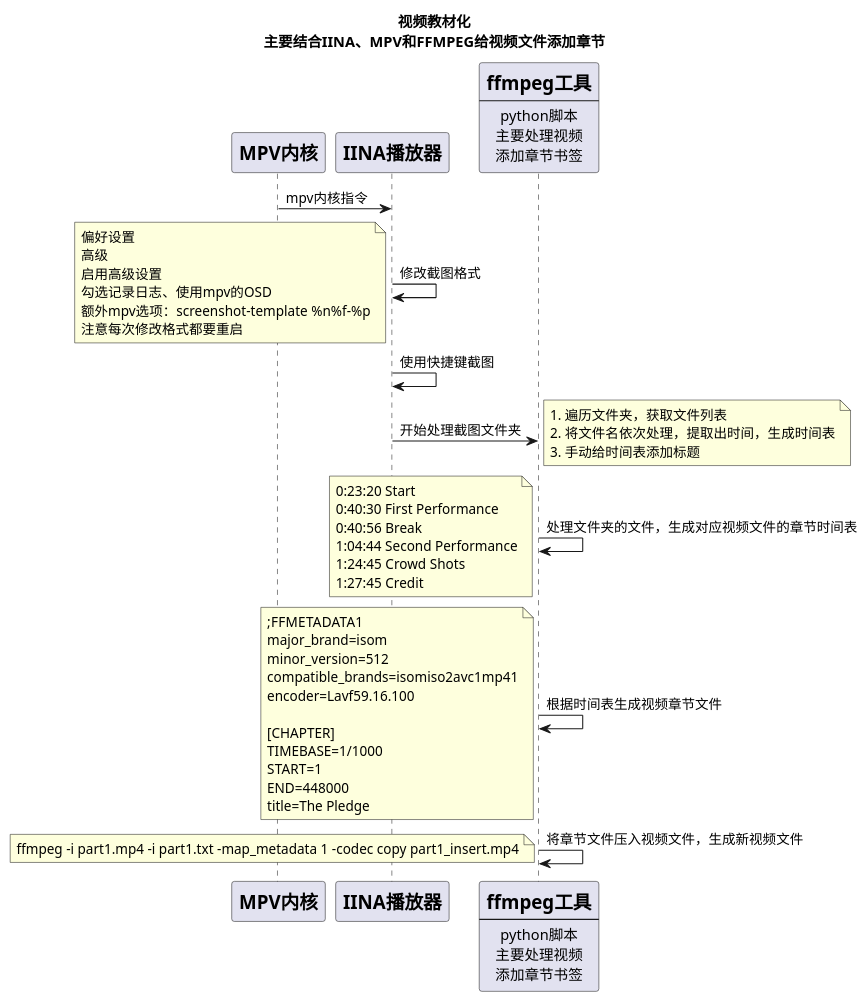
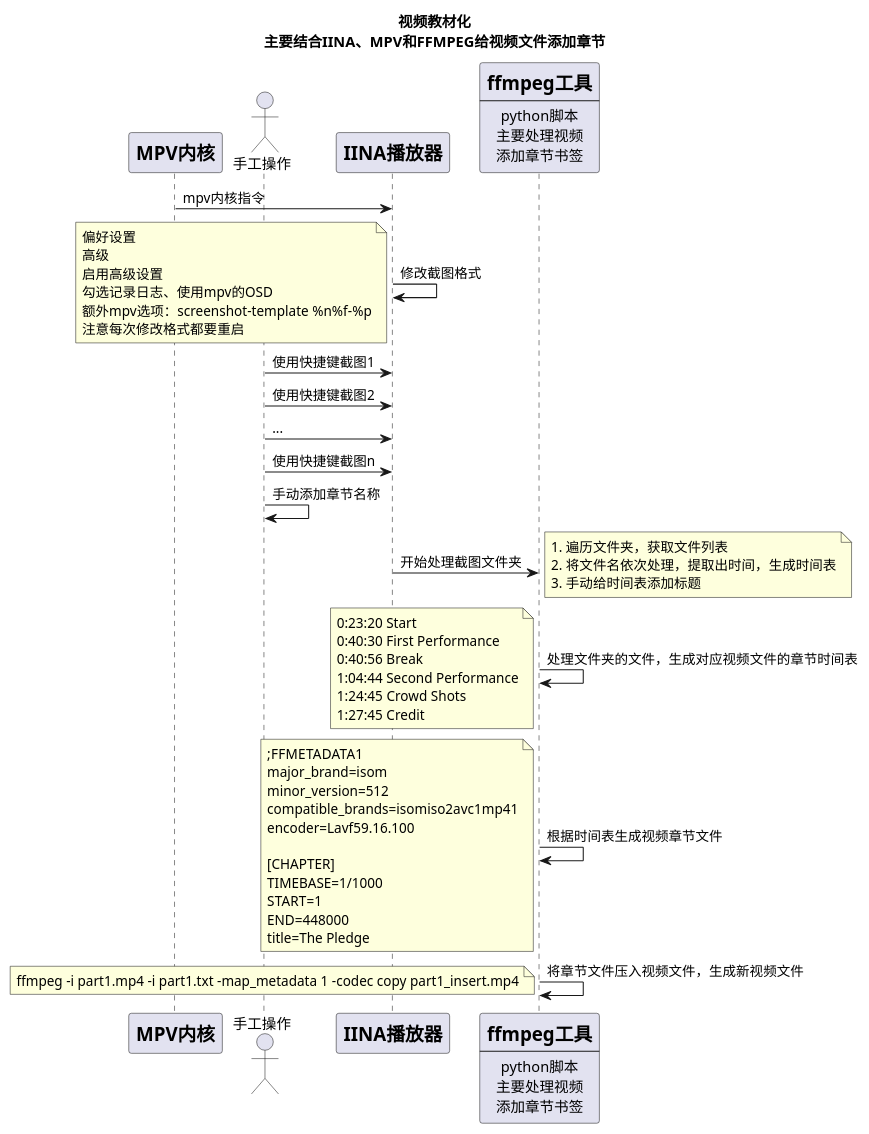
Before and after one commit to KuanHsiaoKuo/apple_power_user: the diagram in materials/plantumls/video_bookmarks.puml, drawn with PlantUML. The commit also changed 1 other file, not shown here.

```diff
--- a/materials/plantumls/video_bookmarks.puml
+++ b/materials/plantumls/video_bookmarks.puml
@@ -1,64 +1,69 @@
 @startuml
 title
     视频教材化
     主要结合IINA、MPV和FFMPEG给视频文件添加章节
 end title
 participant mpv[
     =MPV内核
 ]
+actor 手工操作 as mannual
 participant iina[
     =IINA播放器
 ]
 participant ffmpeg[
     =ffmpeg工具
     ----
     python脚本
     主要处理视频
     添加章节书签
 ]
 mpv -> iina: mpv内核指令
 iina -> iina: 修改截图格式
 note left
     偏好设置
     高级
     启用高级设置
     勾选记录日志、使用mpv的OSD
     额外mpv选项：screenshot-template %n%f-%p
     注意每次修改格式都要重启
 end note
-iina -> iina: 使用快捷键截图
+mannual-> iina: 使用快捷键截图1
+mannual-> iina: 使用快捷键截图2
+mannual-> iina: ...
+mannual-> iina: 使用快捷键截图n
+mannual-> mannual: 手动添加章节名称
 iina -> ffmpeg: 开始处理截图文件夹
 note right
 1. 遍历文件夹，获取文件列表
 2. 将文件名依次处理，提取出时间，生成时间表
 3. 手动给时间表添加标题
 end note
 ffmpeg -> ffmpeg: 处理文件夹的文件，生成对应视频文件的章节时间表
 note left
 0:23:20 Start
 0:40:30 First Performance
 0:40:56 Break
 1:04:44 Second Performance
 1:24:45 Crowd Shots
 1:27:45 Credit
 end note
 ffmpeg -> ffmpeg: 根据时间表生成视频章节文件
 note left
 ;FFMETADATA1
 major_brand=isom
 minor_version=512
 compatible_brands=isomiso2avc1mp41
 encoder=Lavf59.16.100
 
 [CHAPTER]
 TIMEBASE=1/1000
 START=1
 END=448000
 title=The Pledge
 end note
 ffmpeg -> ffmpeg: 将章节文件压入视频文件，生成新视频文件
 note left
 ffmpeg -i part1.mp4 -i part1.txt -map_metadata 1 -codec copy part1_insert.mp4
 end note
 
 @enduml
```
